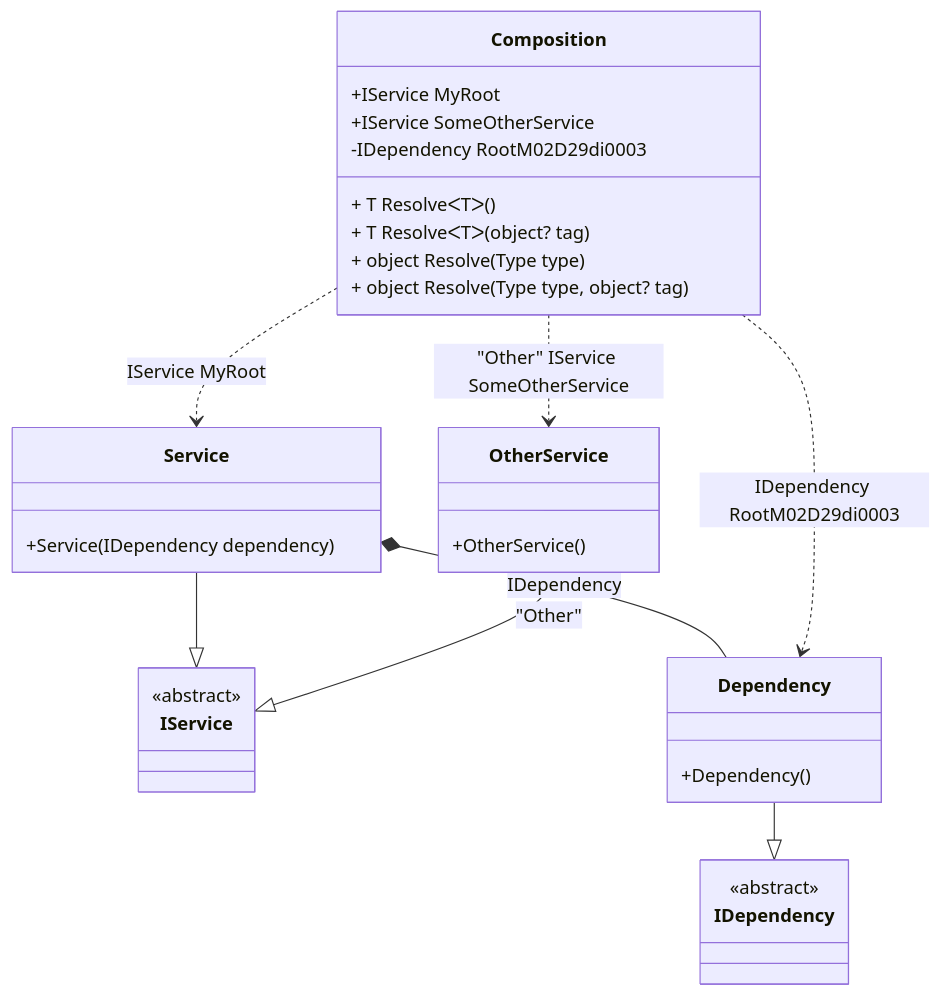
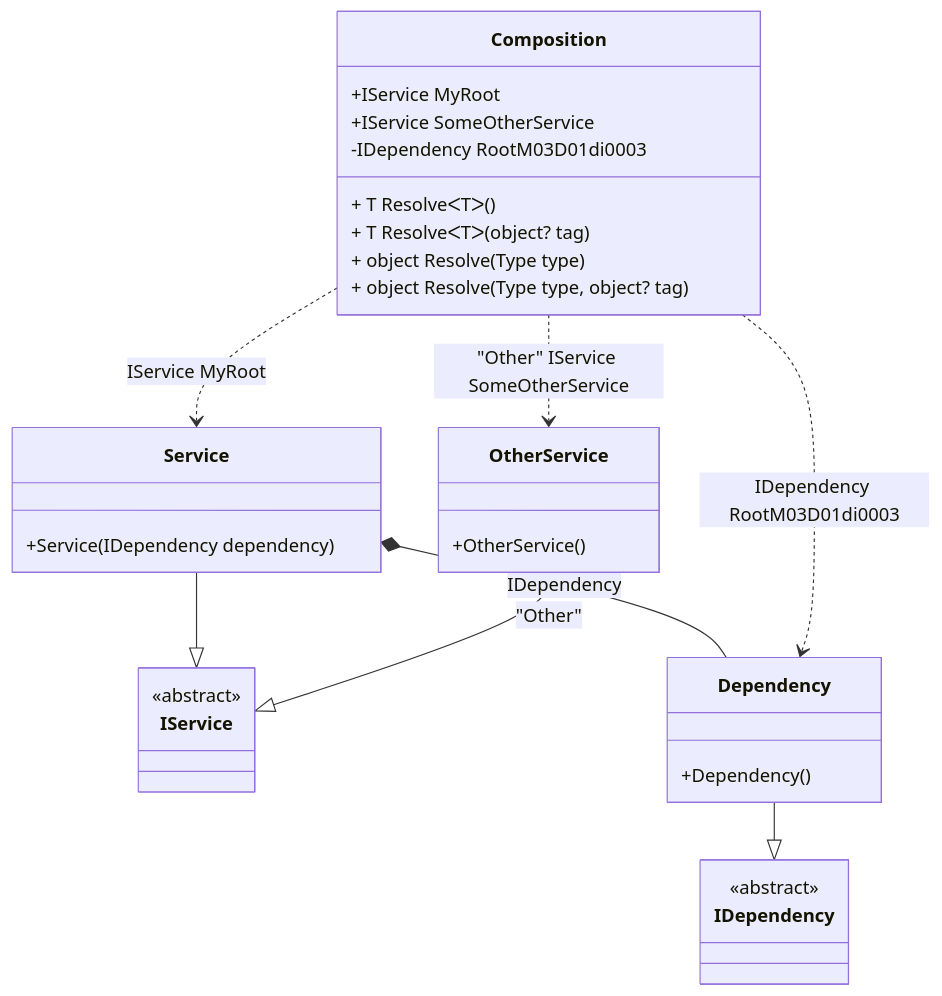
The diagram in readme/composition-roots.md (DevTeam/Pure.DI), drawn with Mermaid before and after one commit. The commit also changed 36 other files, not shown here.

````diff
--- a/readme/composition-roots.md
+++ b/readme/composition-roots.md
@@ -66,34 +66,34 @@
 ```mermaid
 classDiagram
   class Composition {
     +IService MyRoot
     +IService SomeOtherService
-    -IDependency RootM02D29di0003
+    -IDependency RootM03D01di0003
     + T ResolveᐸTᐳ()
     + T ResolveᐸTᐳ(object? tag)
     + object Resolve(Type type)
     + object Resolve(Type type, object? tag)
   }
   Service --|> IService : 
   class Service {
     +Service(IDependency dependency)
   }
   OtherService --|> IService : "Other" 
   class OtherService {
     +OtherService()
   }
   Dependency --|> IDependency : 
   class Dependency {
     +Dependency()
   }
   class IService {
     <<abstract>>
   }
   class IDependency {
     <<abstract>>
   }
   Service *--  Dependency : IDependency
   Composition ..> Service : IService MyRoot
   Composition ..> OtherService : "Other" IService SomeOtherService
-  Composition ..> Dependency : IDependency RootM02D29di0003
+  Composition ..> Dependency : IDependency RootM03D01di0003
 ```
````
